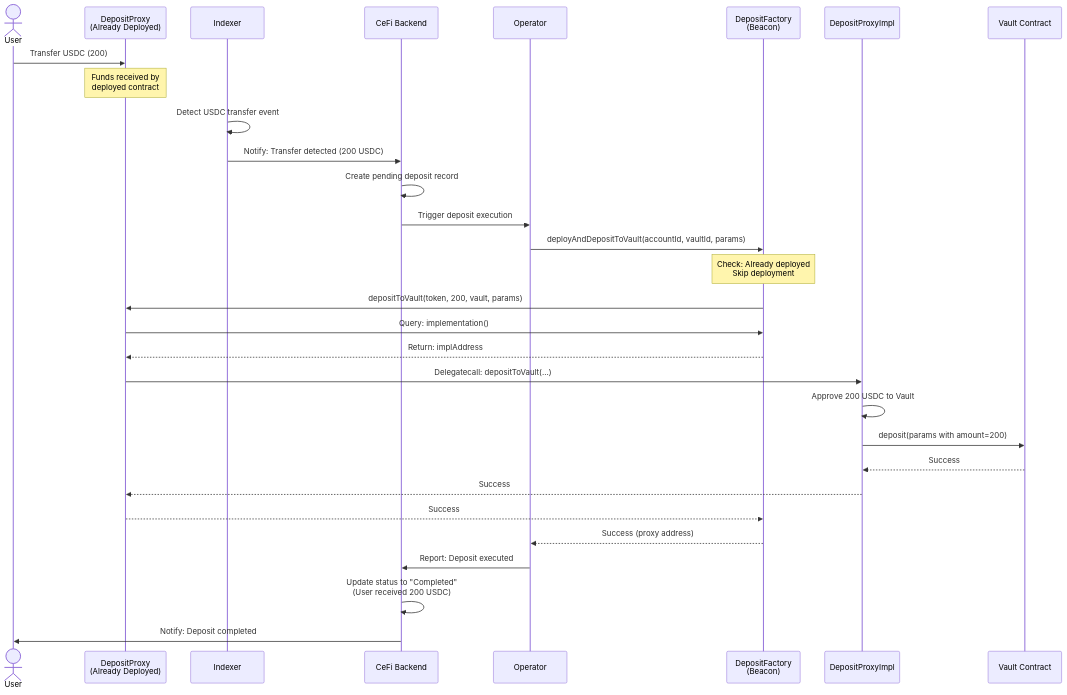
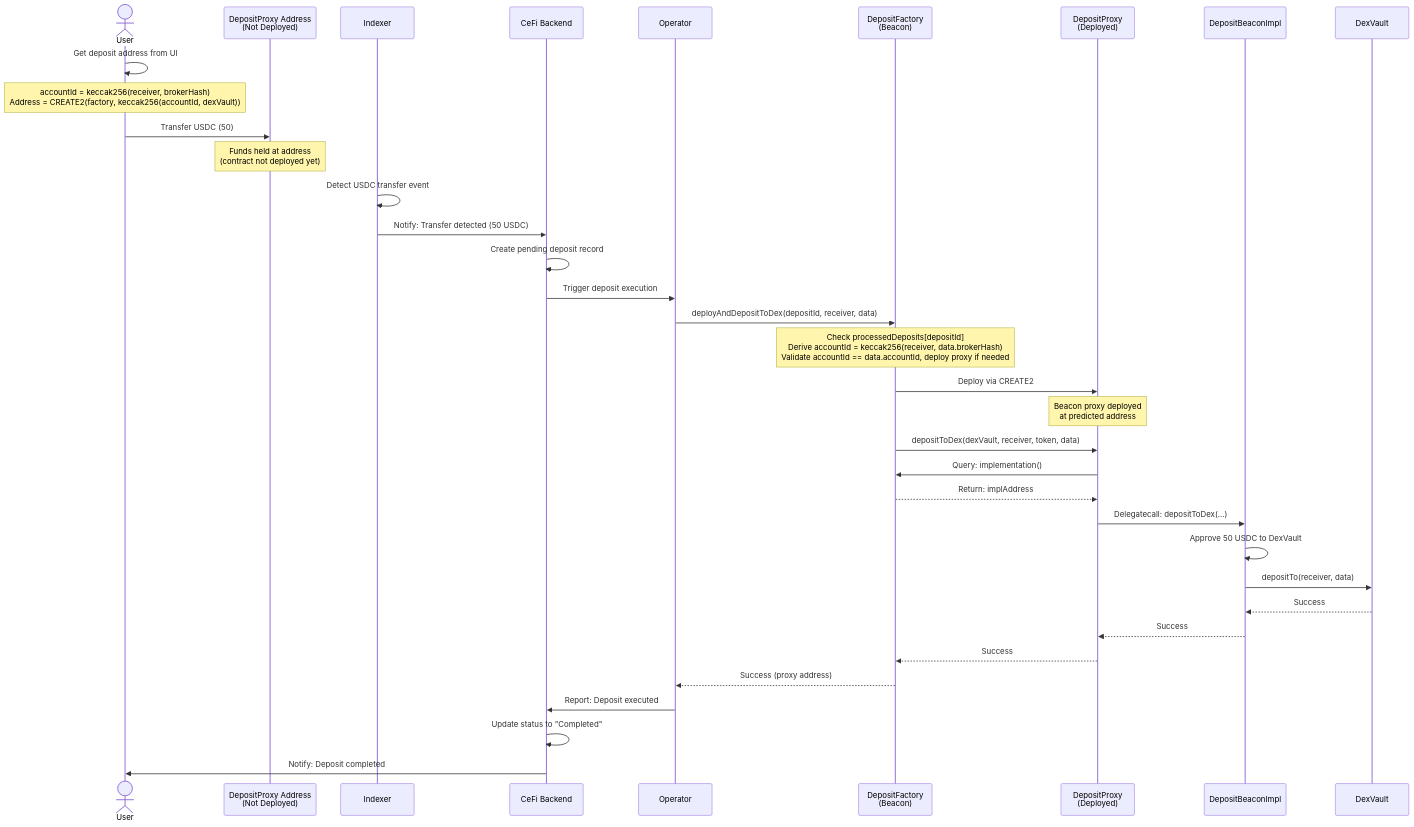
The third of 5 diagrams in TecDesign/deposit-via-address-transfer.md (OrderlyNetwork/Strategy-Vault), drawn with Mermaid before and after one commit. The commit also changed other lines of this file, not shown here.

````diff
--- a/TecDesign/deposit-via-address-transfer.md
+++ b/TecDesign/deposit-via-address-transfer.md
@@ -360,39 +172,46 @@
 ```mermaid
 sequenceDiagram
     actor User
-    participant Proxy as DepositProxy<br/>(Already Deployed)
+    participant Address as DepositProxy Address<br/>(Not Deployed)
     participant Indexer
     participant CeFi as CeFi Backend
     participant Operator
     participant Factory as DepositFactory<br/>(Beacon)
-    participant Impl as DepositProxyImpl
-    participant Vault as Vault Contract
+    participant Proxy as DepositProxy<br/>(Deployed)
+    participant Impl as DepositBeaconImpl
+    participant DexVault
 
-    User->>Proxy: Transfer USDC (200)
-    Note over Proxy: Funds received by<br/>deployed contract
-    
+    User->>User: Get deposit address from UI
+    Note over User: accountId = keccak256(receiver, brokerHash)<br/>Address = CREATE2(factory, keccak256(accountId, dexVault))
+
+    User->>Address: Transfer USDC (50)
+    Note over Address: Funds held at address<br/>(contract not deployed yet)
+
     Indexer->>Indexer: Detect USDC transfer event
-    Indexer->>CeFi: Notify: Transfer detected (200 USDC)
+    Indexer->>CeFi: Notify: Transfer detected (50 USDC)
     CeFi->>CeFi: Create pending deposit record
-    
+
     CeFi->>Operator: Trigger deposit execution
-    
-    Operator->>Factory: deployAndDepositToVault(accountId, vaultId, params)
-    Note over Factory: Check: Already deployed<br/>Skip deployment
-    
-    Factory->>Proxy: depositToVault(token, 200, vault, params)
+
+    Operator->>Factory: deployAndDepositToDex(depositId, receiver, data)
+    Note over Factory: Check processedDeposits[depositId]<br/>Derive accountId = keccak256(receiver, data.brokerHash)<br/>Validate accountId == data.accountId, deploy proxy if needed
+
+    Factory->>Proxy: Deploy via CREATE2
+    Note over Proxy: Beacon proxy deployed<br/>at predicted address
+
+    Factory->>Proxy: depositToDex(dexVault, receiver, token, data)
     Proxy->>Factory: Query: implementation()
     Factory-->>Proxy: Return: implAddress
-    Proxy->>Impl: Delegatecall: depositToVault(...)
-    
-    Impl->>Impl: Approve 200 USDC to Vault
-    Impl->>Vault: deposit(params with amount=200)
-    Vault-->>Impl: Success
+    Proxy->>Impl: Delegatecall: depositToDex(...)
+
+    Impl->>Impl: Approve 50 USDC to DexVault
+    Impl->>DexVault: depositTo(receiver, data)
+    DexVault-->>Impl: Success
     Impl-->>Proxy: Success
     Proxy-->>Factory: Success
     Factory-->>Operator: Success (proxy address)
-    
+
     Operator->>CeFi: Report: Deposit executed
-    CeFi->>CeFi: Update status to "Completed"<br/>(User received 200 USDC)
+    CeFi->>CeFi: Update status to "Completed"
     CeFi->>User: Notify: Deposit completed
 ```
````
